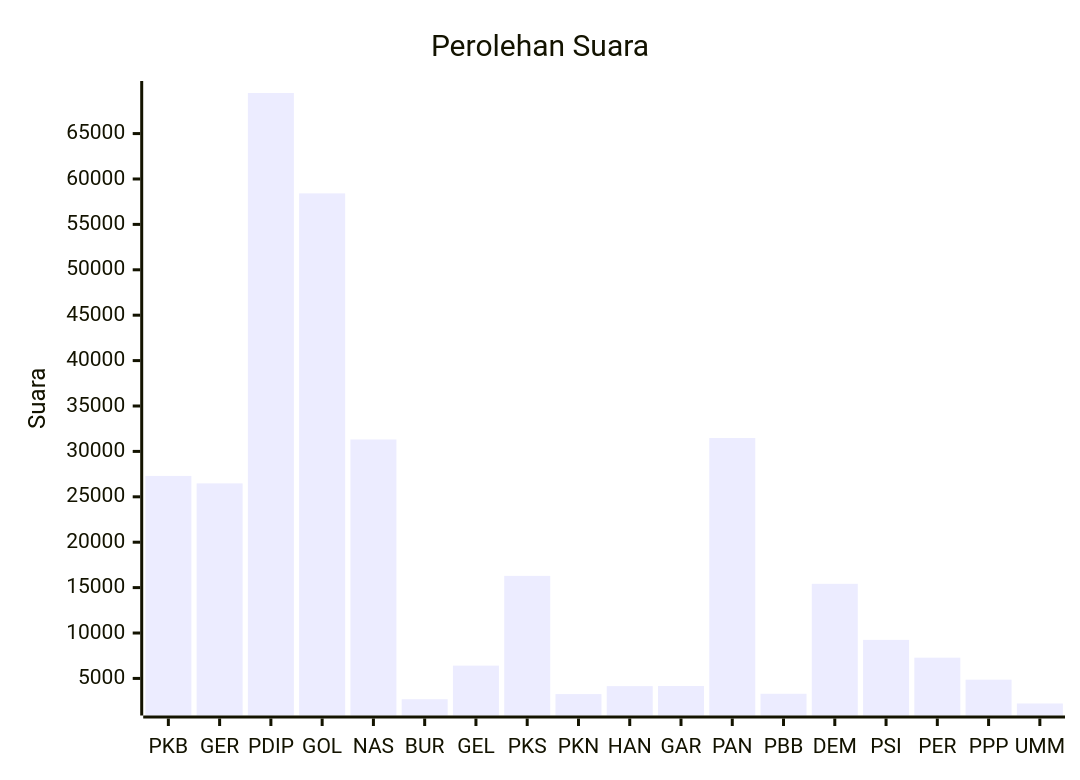
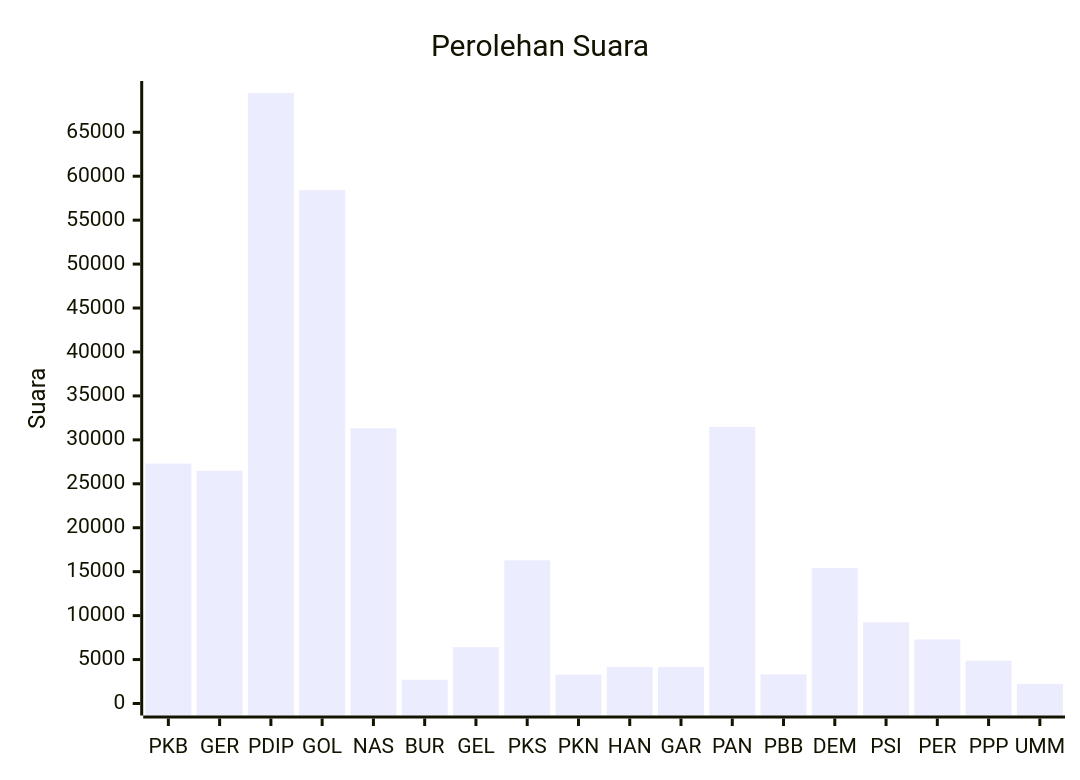
One commit to gigit-pemilu/pemilu-2024 changed the diagram in pileg-dpr/hitung-suara/sub/table-wilayah-82.md. Above: the diagram before and after it, drawn with Mermaid. The commit also changed 57 other files, not shown here.

````diff
--- a/pileg-dpr/hitung-suara/sub/table-wilayah-82.md
+++ b/pileg-dpr/hitung-suara/sub/table-wilayah-82.md
@@ -7,7 +7,7 @@
 ```mermaid
 xychart-beta
     title "Perolehan Suara"
     x-axis [PKB, GER, PDIP, GOL, NAS, BUR, GEL, PKS, PKN, HAN, GAR, PAN, PBB, DEM, PSI, PER, PPP, UMM]
-    y-axis "Suara"
+    y-axis "Suara" 0 --> 69469
     bar [27299, 26480, 69469, 58415, 31315, 2706, 6409, 16293, 3277, 4151, 4162, 31477, 3308, 15419, 9245, 7285, 4860, 2238]
 ```
````
